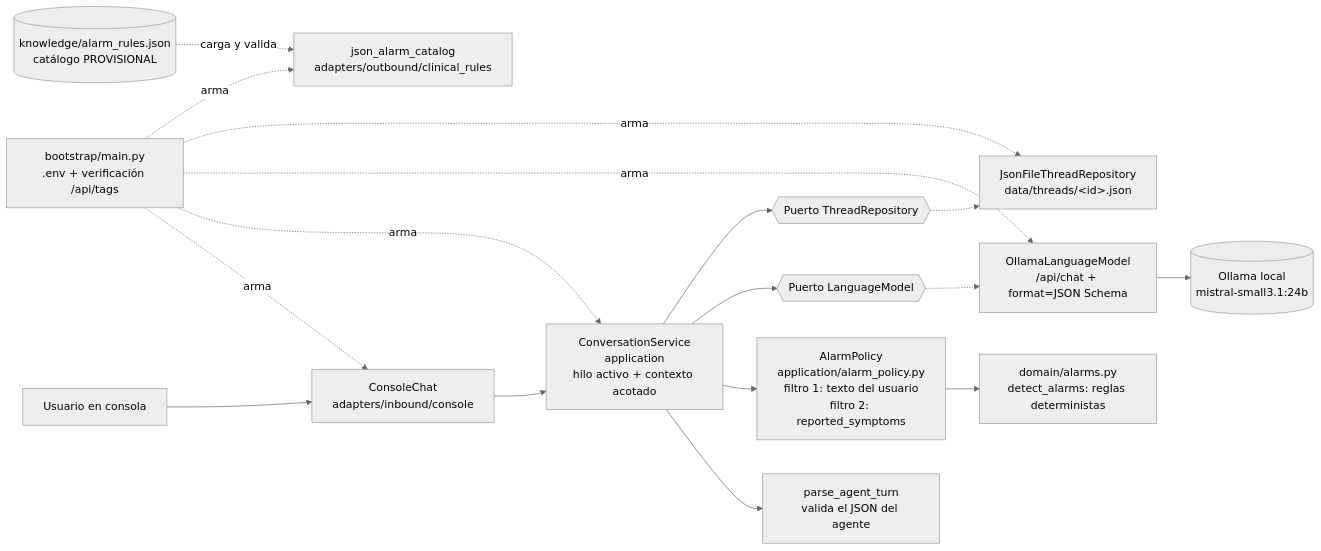
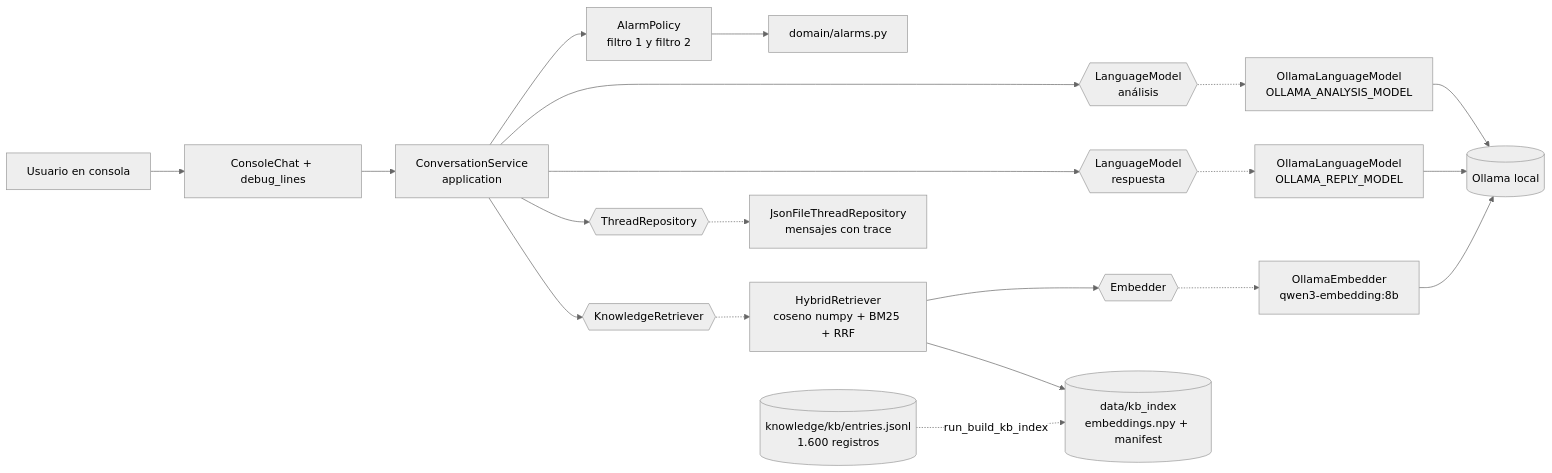
Before and after one commit to NicolasCastilloGaleano/chatbot-cardio-materno: the third of 4 diagrams in docs/02-arquitectura/arquitectura.md, drawn with Mermaid (neutral theme). The commit also changed other lines of this file and 85 other files, not shown here.

First line of the commit message:
feat(rag): orientación con evidencia y separación análisis/respuesta (HU-02)

````diff
--- a/docs/02-arquitectura/arquitectura.md
+++ b/docs/02-arquitectura/arquitectura.md
@@ -83,15 +84,19 @@
 ```mermaid
 flowchart LR
-    U[Usuario en consola] --> CC[ConsoleChat<br/>adapters/inbound/console]
-    CC --> CS[ConversationService<br/>application<br/>hilo activo + contexto acotado]
-    CS --> AT[parse_agent_turn<br/>valida el JSON del agente]
-    CS --> AP[AlarmPolicy<br/>application/alarm_policy.py<br/>filtro 1: texto del usuario<br/>filtro 2: reported_symptoms]
-    AP --> DA[domain/alarms.py<br/>detect_alarms: reglas deterministas]
-    CAT[(knowledge/alarm_rules.json<br/>catálogo PROVISIONAL)] -. carga y valida .-> JC[json_alarm_catalog<br/>adapters/outbound/clinical_rules]
-    CS --> LM{{Puerto LanguageModel}}
-    CS --> TR{{Puerto ThreadRepository}}
-    LM -.-> OL[OllamaLanguageModel<br/>/api/chat + format=JSON Schema]
-    OL --> OLL[(Ollama local<br/>mistral-small3.1:24b)]
-    TR -.-> JR[JsonFileThreadRepository<br/>data/threads/&lt;id&gt;.json]
-    B[bootstrap/main.py<br/>.env + verificación /api/tags] -. arma .-> CC & CS & OL & JR & JC
+    U[Usuario en consola] --> CC[ConsoleChat + debug_lines]
+    CC --> CS[ConversationService<br/>application]
+    CS --> AP[AlarmPolicy<br/>filtro 1 y filtro 2]
+    AP --> DA[domain/alarms.py]
+    CS --> AN{{LanguageModel<br/>análisis}}
+    CS --> KR{{KnowledgeRetriever}}
+    CS --> RE{{LanguageModel<br/>respuesta}}
+    CS --> TR{{ThreadRepository}}
+    AN -.-> OL1[OllamaLanguageModel<br/>OLLAMA_ANALYSIS_MODEL]
+    RE -.-> OL2[OllamaLanguageModel<br/>OLLAMA_REPLY_MODEL]
+    KR -.-> HR[HybridRetriever<br/>coseno numpy + BM25 + RRF]
+    HR --> EM{{Embedder}} -.-> OE[OllamaEmbedder<br/>qwen3-embedding:8b]
+    HR --> VI[(data/kb_index<br/>embeddings.npy + manifest)]
+    KB[(knowledge/kb/entries.jsonl<br/>1.600 registros)] -. run_build_kb_index .-> VI
+    TR -.-> JR[JsonFileThreadRepository<br/>mensajes con trace]
+    OL1 & OL2 & OE --> OLL[(Ollama local)]
 ```
````
